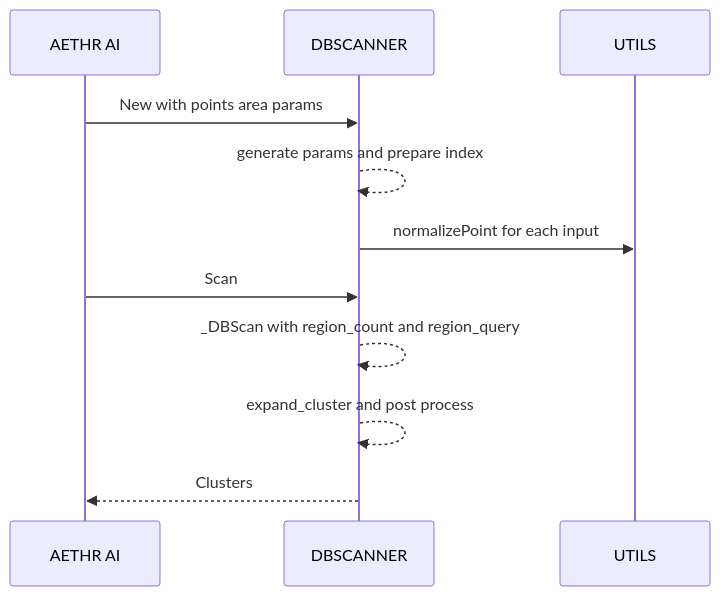
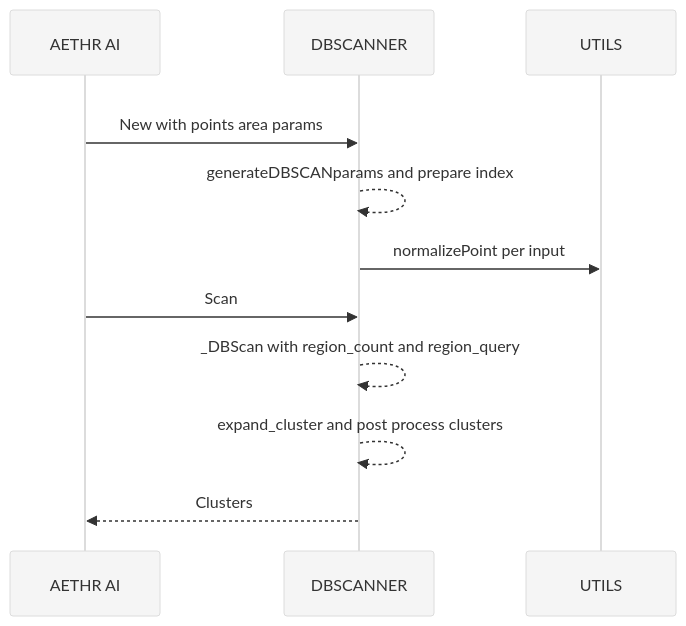
Before and after one commit to Gh0st352/AETHR: diagram 12 of 12 in docs/ai/dbscan.md, drawn with Mermaid. The commit also changed other lines of this file and 2 other files, not shown here.

Commit message:
docs: enhance diagrams in README, data_structures, and dbscan with subgraphs, improved styles, and readability adjustments

````diff
--- a/docs/ai/dbscan.md
+++ b/docs/ai/dbscan.md
@@ -146,13 +253,17 @@
 ```mermaid
+%%{init: {"theme":"base", "themeVariables": {"primaryColor":"#f5f5f5"}}}%%
 sequenceDiagram
-  participant AI as AETHR AI
-  participant DB as DBSCANNER
-  participant U as UTILS
-  AI->>DB: New with points area params
-  DB-->>DB: generate params and prepare index
-  DB->>U: normalizePoint for each input
-  AI->>DB: Scan
-  DB-->>DB: _DBScan with region_count and region_query
-  DB-->>DB: expand_cluster and post process
-  DB-->>AI: Clusters
+  %% Add a faint background rect for readability on dark docs background
+  rect rgba(255,255,255,0.75)
+    participant AI as AETHR AI
+    participant DB as DBSCANNER
+    participant U as UTILS
+    AI->>DB: New with points area params
+    DB-->>DB: generateDBSCANparams and prepare index
+    DB->>U: normalizePoint per input
+    AI->>DB: Scan
+    DB-->>DB: _DBScan with region_count and region_query
+    DB-->>DB: expand_cluster and post process clusters
+    DB-->>AI: Clusters
+  end
 ```
````
